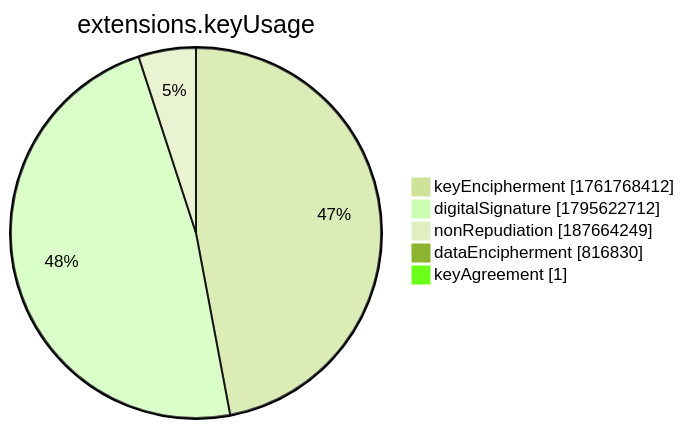
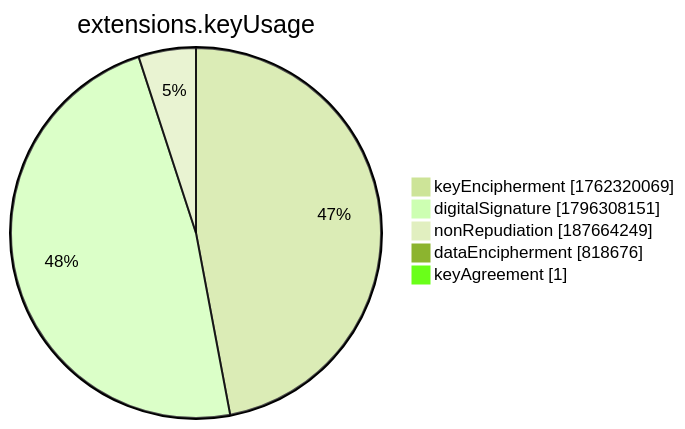
Before and after one commit to christiankrug/ctmonitor_visualization: the seventh of 15 diagrams in xenon2022/README.md, drawn with Mermaid (forest theme). The commit also changed other lines of this file, not shown here.

````diff
--- a/xenon2022/README.md
+++ b/xenon2022/README.md
@@ -2859,9 +2859,9 @@
 ```mermaid
 pie showData
 title extensions.keyUsage
-"keyEncipherment" :1761768412
-"digitalSignature" :1795622712
+"keyEncipherment" :1762320069
+"digitalSignature" :1796308151
 "nonRepudiation" :187664249
-"dataEncipherment" :816830
+"dataEncipherment" :818676
 "keyAgreement" :1
 ```
````
